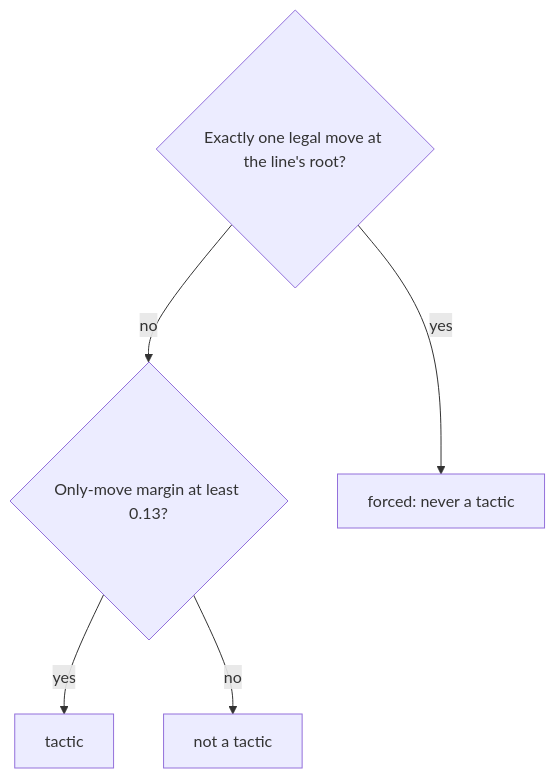
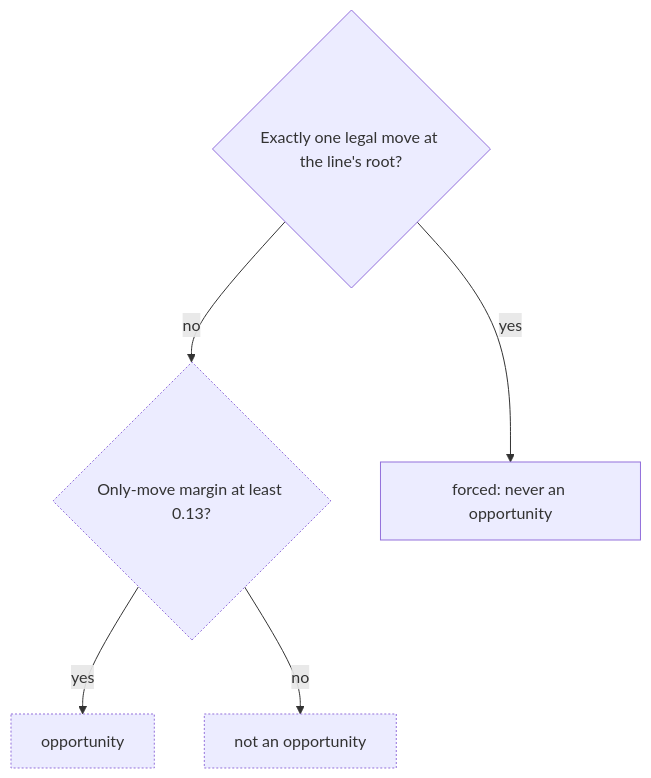
Before and after one commit to aurja/ChessWhy: diagram 17 of 22 in Planning/DBC/CONCEPTS.md, drawn with Mermaid. The commit also changed other lines of this file and 8 other files, not shown here.

````diff
--- a/Planning/DBC/CONCEPTS.md
+++ b/Planning/DBC/CONCEPTS.md
@@ -692,15 +775,16 @@
 ```mermaid
 flowchart TD
     TjForced{"Exactly one legal move at the line's root?"}
     TjMargin{"Only-move margin at least 0.13?"}
-    TjIsForced["forced: never a tactic"]
-    TjIsTactic["tactic"]
-    TjNotTactic["not a tactic"]
+    TjIsForced["forced: never an opportunity"]
+    TjIsOpportunity["opportunity"]
+    TjNotOpportunity["not an opportunity"]
     TjForced -->|yes| TjIsForced
     TjForced -->|no| TjMargin
-    TjMargin -->|yes| TjIsTactic
-    TjMargin -->|no| TjNotTactic
+    TjMargin -->|yes| TjIsOpportunity
+    TjMargin -->|no| TjNotOpportunity
     classDef planned stroke-dasharray:6 4,color:#888
     classDef partial stroke-dasharray:2 2
     classDef external stroke-dasharray:1 3,color:#999
+    class TjMargin,TjIsOpportunity,TjNotOpportunity partial
 ```
````
